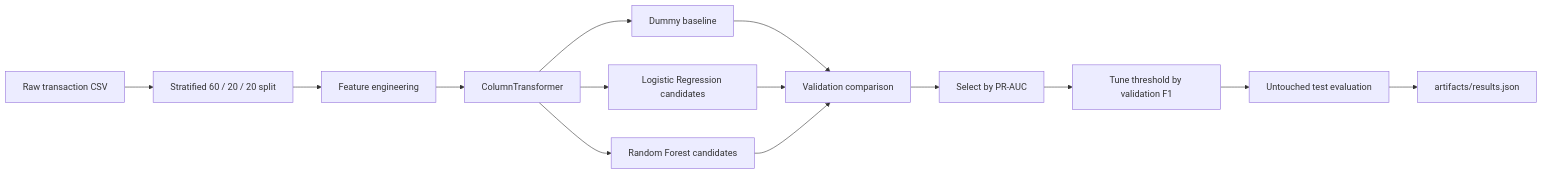
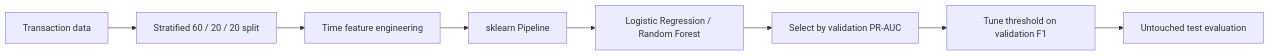
The diagram in bank-transaction-fraud-detection/README.md (Davidkaaa33/ML-projects), drawn with Mermaid before and after one commit. The commit also changed other lines of this file and 4 other files, not shown here.

````diff
--- a/bank-transaction-fraud-detection/README.md
+++ b/bank-transaction-fraud-detection/README.md
@@ -82,16 +16,10 @@
 ```mermaid
 flowchart LR
-    CSV[Raw transaction CSV] --> SPLIT[Stratified 60 / 20 / 20 split]
-    SPLIT --> FE[Feature engineering]
-    FE --> PRE[ColumnTransformer]
-    PRE --> BASE[Dummy baseline]
-    PRE --> LR[Logistic Regression candidates]
-    PRE --> RF[Random Forest candidates]
-    BASE --> VAL[Validation comparison]
-    LR --> VAL
-    RF --> VAL
-    VAL --> SEL[Select by PR-AUC]
-    SEL --> THR[Tune threshold by validation F1]
-    THR --> TEST[Untouched test evaluation]
-    TEST --> JSON[artifacts/results.json]
+    D[Transaction data] --> S[Stratified 60 / 20 / 20 split]
+    S --> F[Time feature engineering]
+    F --> P[sklearn Pipeline]
+    P --> M[Logistic Regression / Random Forest]
+    M --> V[Select by validation PR-AUC]
+    V --> T[Tune threshold on validation F1]
+    T --> E[Untouched test evaluation]
 ```
````
